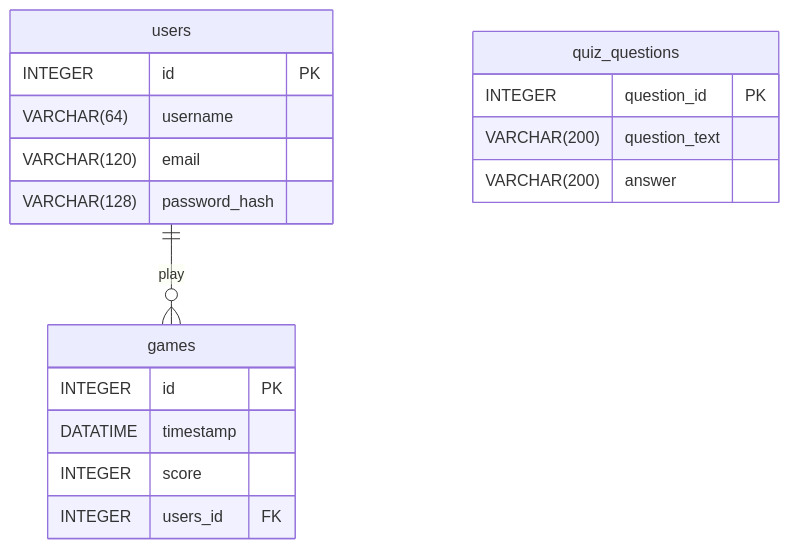
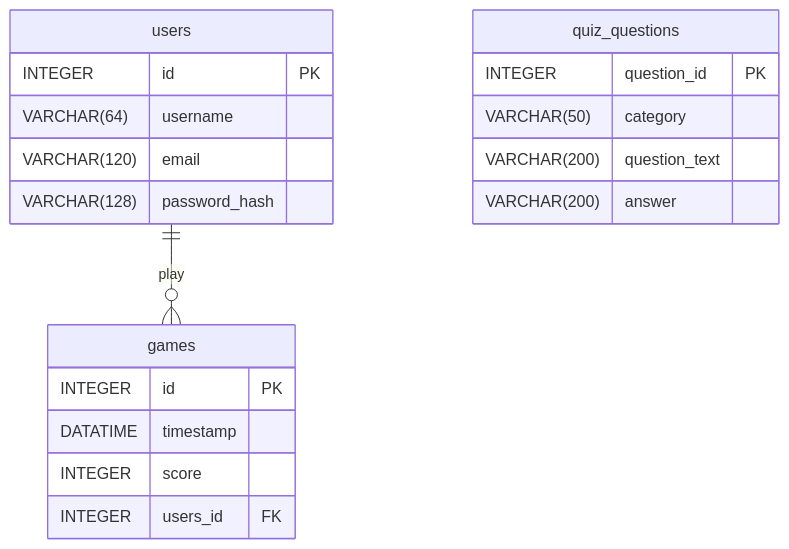
One commit to Ishi01/CITS5505Group41Project changed the diagram in ER_diagram.md. Above: the diagram before and after it, drawn with Mermaid.

Commit message:
Diagram update

````diff
--- a/ER_diagram.md
+++ b/ER_diagram.md
@@ -2,26 +2,27 @@
 ```mermaid
 erDiagram
     users ||--o{ games : play
     users {
         INTEGER id PK
         VARCHAR(64) username
         VARCHAR(120) email
         VARCHAR(128) password_hash
         %% relation attribute games define in User class %%
         %% i am a comments %%
     }
     games {
         INTEGER id PK
         DATATIME timestamp
         INTEGER score
         INTEGER users_id FK
         %%  relation attribute: player %%
     }
 
     quiz_questions {
         INTEGER question_id PK
+        VARCHAR(50) category
         VARCHAR(200) question_text
         VARCHAR(200) answer
 
     }
 ```
````
